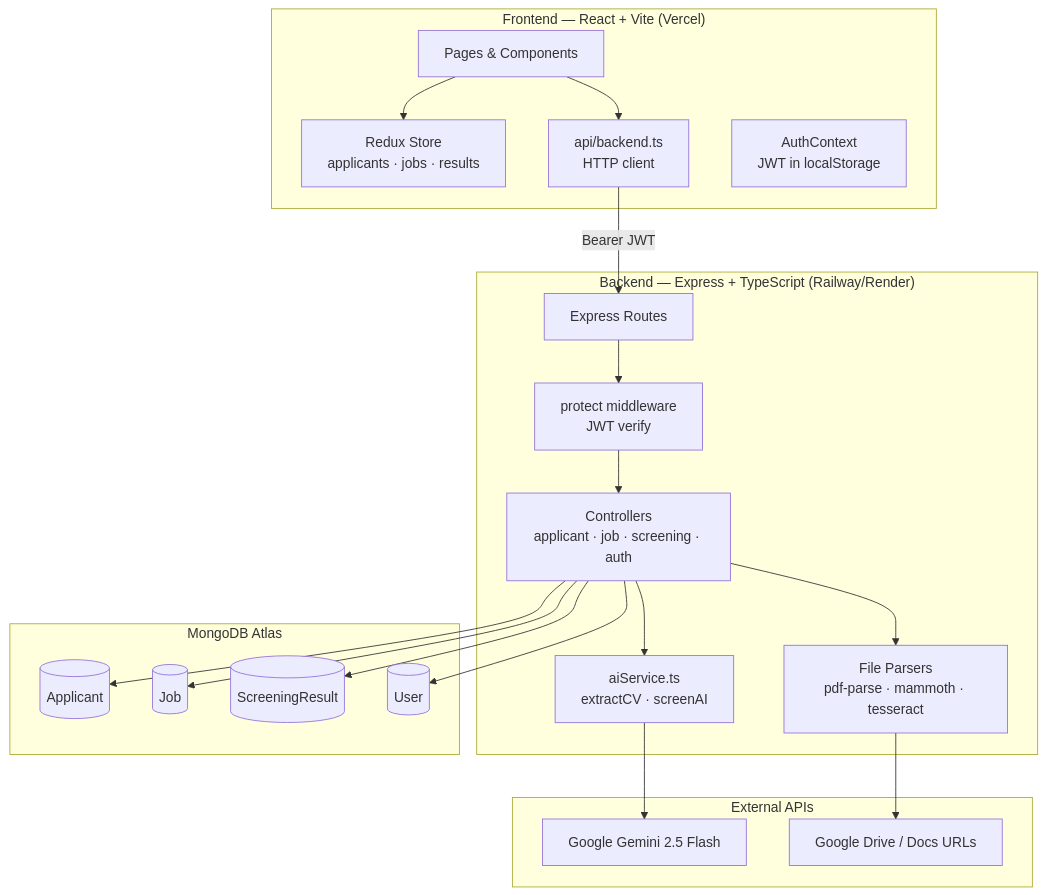
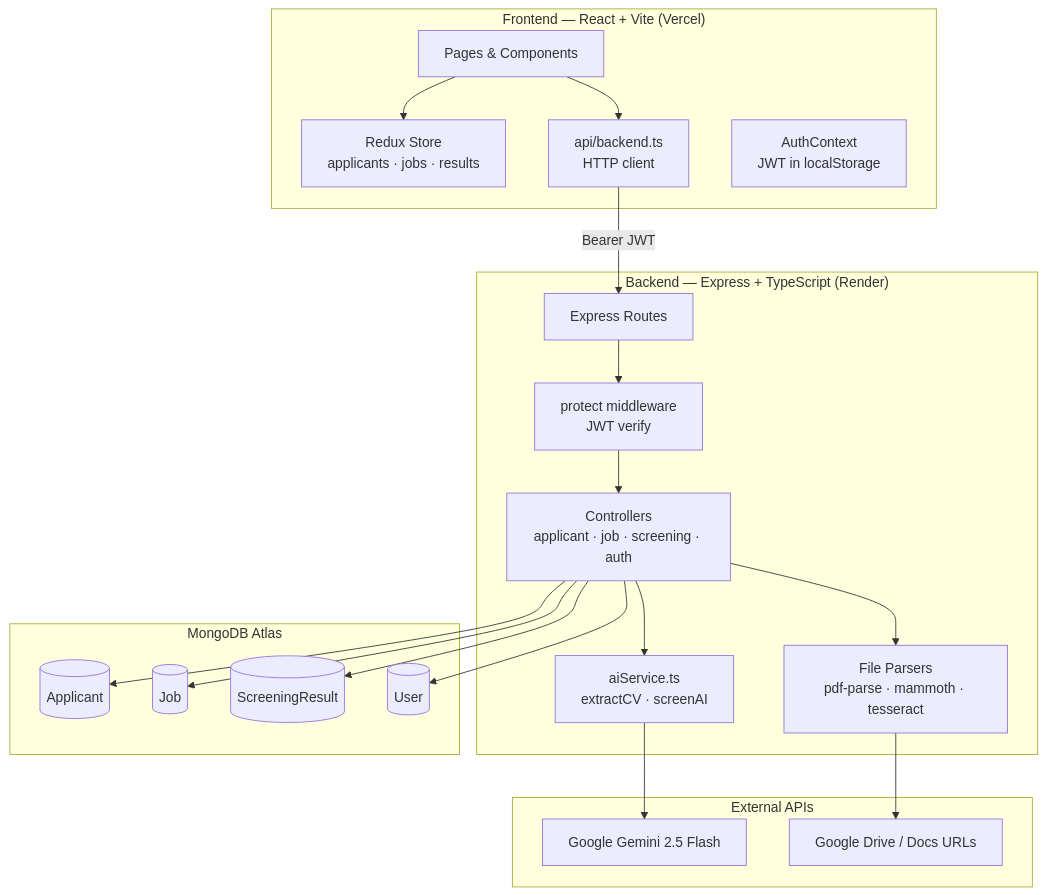
The diagram in README.md (nuviofreelancers/umurava_hackthon_april), drawn with Mermaid before and after one commit. The commit also changed other lines of this file and 1 other file, not shown here.

````diff
--- a/README.md
+++ b/README.md
@@ -9,43 +29,43 @@
 ```mermaid
 graph TD
     subgraph Client ["Frontend — React + Vite (Vercel)"]
         UI[Pages & Components]
         Redux[Redux Store\napplicants · jobs · results]
         API[api/backend.ts\nHTTP client]
         Auth[AuthContext\nJWT in localStorage]
     end
 
-    subgraph Server ["Backend — Express + TypeScript (Railway/Render)"]
+    subgraph Server ["Backend — Express + TypeScript (Render)"]
         Routes[Express Routes]
         Controllers[Controllers\napplicant · job · screening · auth]
         Middleware[protect middleware\nJWT verify]
         AIService[aiService.ts\nextractCV · screenAI]
         FileUtils[File Parsers\npdf-parse · mammoth · tesseract]
     end
 
     subgraph Database ["MongoDB Atlas"]
         ApplicantCol[(Applicant)]
         JobCol[(Job)]
         ResultCol[(ScreeningResult)]
         UserCol[(User)]
     end
 
     subgraph External ["External APIs"]
         Gemini[Google Gemini 2.5 Flash]
         GoogleDrive[Google Drive / Docs URLs]
     end
 
     UI --> Redux
     UI --> API
     API -- "Bearer JWT" --> Routes
     Routes --> Middleware
     Middleware --> Controllers
     Controllers --> AIService
     Controllers --> FileUtils
     Controllers --> ApplicantCol
     Controllers --> JobCol
     Controllers --> ResultCol
     Controllers --> UserCol
     AIService --> Gemini
     FileUtils --> GoogleDrive
 ```
````
